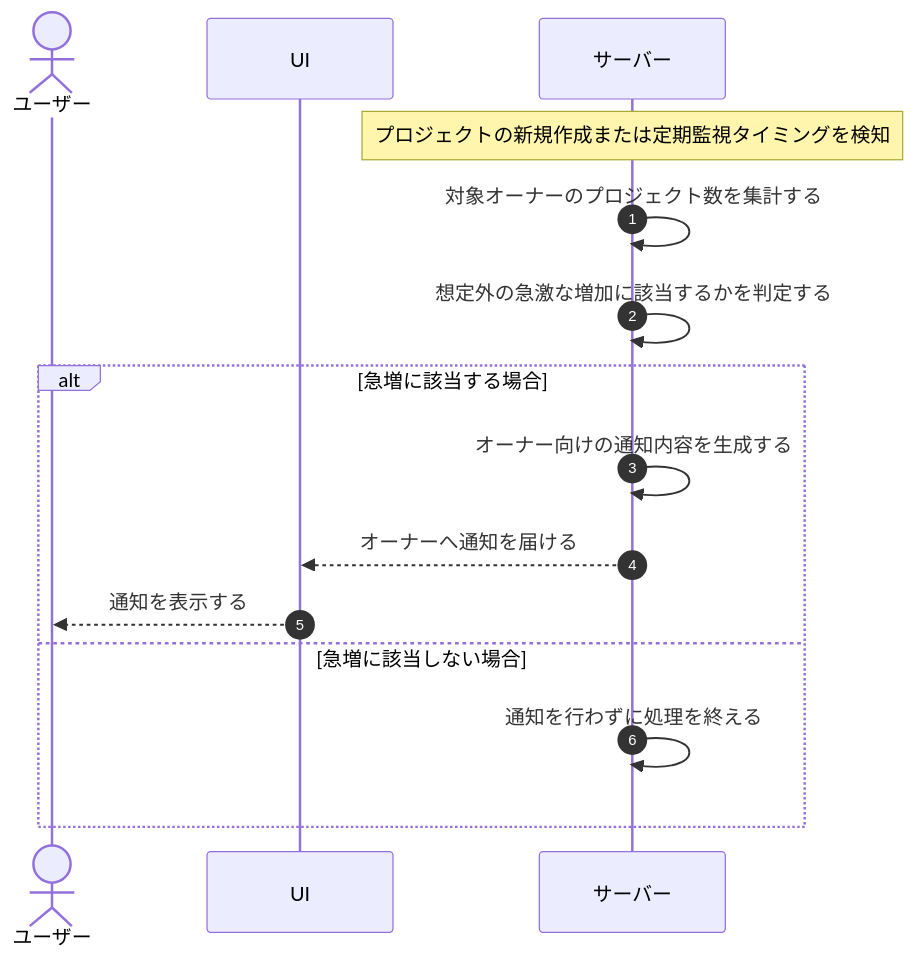
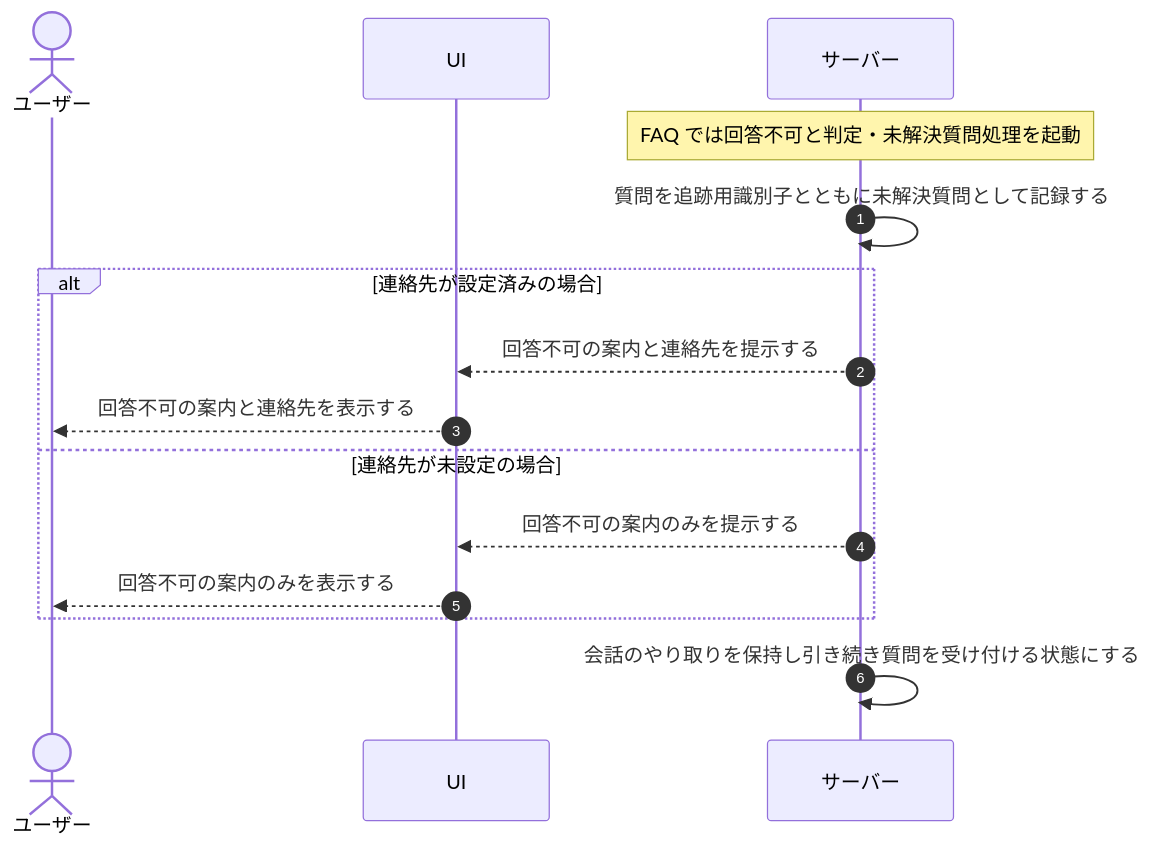
One commit to sikakou54/open-faq changed the diagram in 01_requirements/04_business_usecases/UC-049.md. Above: the diagram before and after it, drawn with Mermaid. The commit also changed other lines of this file and 395 other files, not shown here.

````diff
--- a/01_requirements/04_business_usecases/UC-049.md
+++ b/01_requirements/04_business_usecases/UC-049.md
@@ -26,17 +27,20 @@
 ```mermaid
 sequenceDiagram
   autonumber
   actor U as ユーザー
   participant UI as UI
   participant S as サーバー
-  Note over S: プロジェクトの新規作成または定期監視タイミングを検知
-  S->>S: 対象オーナーのプロジェクト数を集計する
-  S->>S: 想定外の急激な増加に該当するかを判定する
-  alt 急増に該当する場合
-    S->>S: オーナー向けの通知内容を生成する
-    S-->>UI: オーナーへ通知を届ける
-    UI-->>U: 通知を表示する
-  else 急増に該当しない場合
-    S->>S: 通知を行わずに処理を終える
+
+  Note over S: FAQ では回答不可と判定・未解決質問処理を起動
+  S->>S: 質問を追跡用識別子とともに未解決質問として記録する
+
+  alt 連絡先が設定済みの場合
+    S-->>UI: 回答不可の案内と連絡先を提示する
+    UI-->>U: 回答不可の案内と連絡先を表示する
+  else 連絡先が未設定の場合
+    S-->>UI: 回答不可の案内のみを提示する
+    UI-->>U: 回答不可の案内のみを表示する
   end
+
+  S->>S: 会話のやり取りを保持し引き続き質問を受け付ける状態にする
 ```
````
